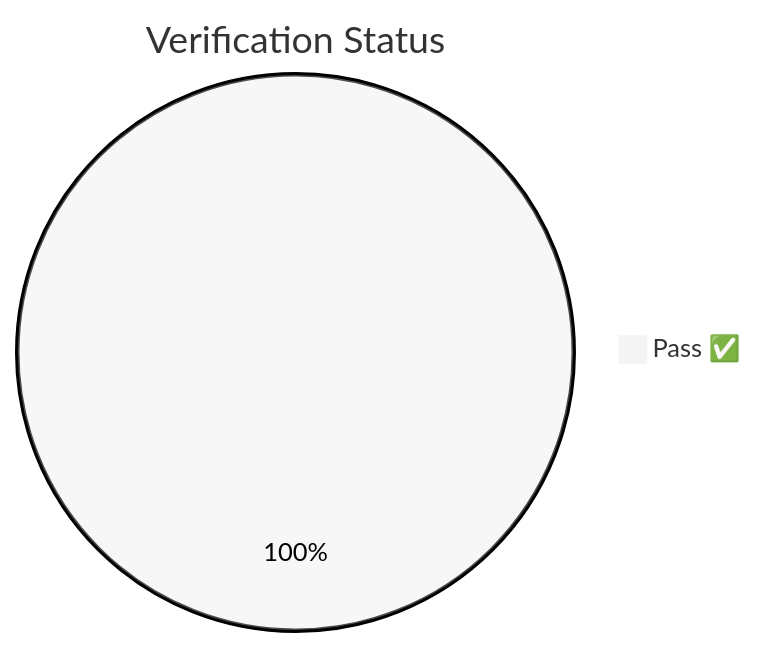
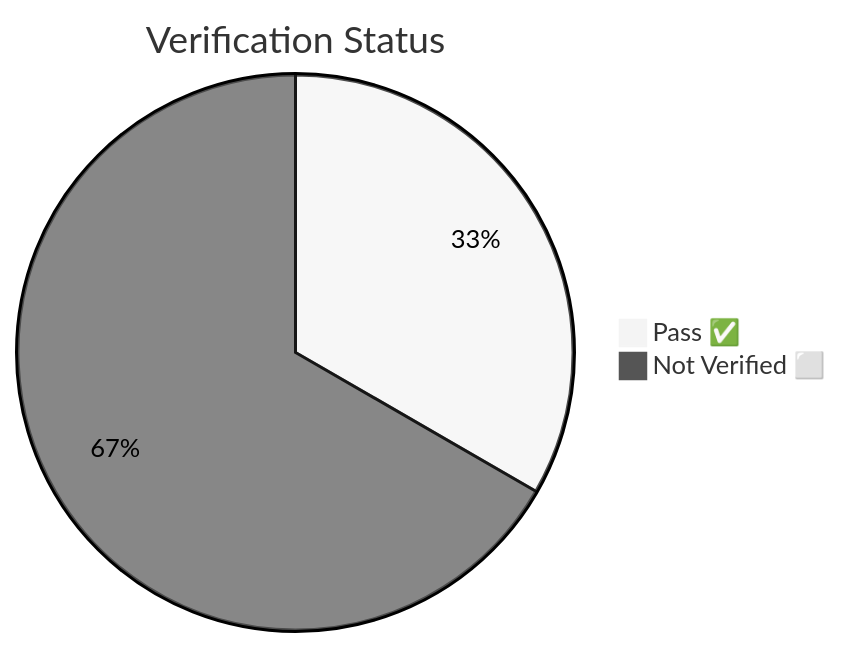
One commit to martonbence/Detection-Engineering changed the first of 3 diagrams in README.md. Above: the diagram before and after it, drawn with Mermaid (neutral theme). The commit also changed other lines of this file and 4 other files, not shown here.

````diff
--- a/README.md
+++ b/README.md
@@ -12,4 +12,5 @@
 ```mermaid
 pie title Verification Status
-    "Pass ✅" : 2
+    "Pass ✅" : 1
+    "Not Verified ⬜" : 2
 ```
````
